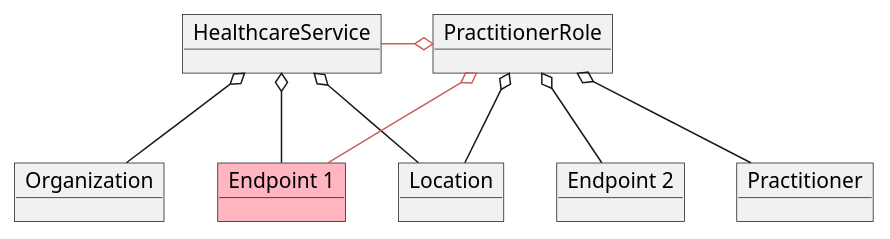
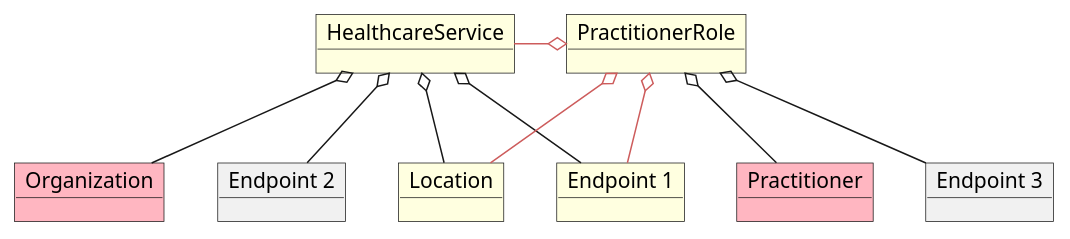
The diagram in src/plantuml/ObjectDiagram.Linked_HCS_and_PR.puml (ichderjens/api-vzd), drawn with PlantUML before and after one commit.

```diff
--- a/src/plantuml/ObjectDiagram.Linked_HCS_and_PR.puml
+++ b/src/plantuml/ObjectDiagram.Linked_HCS_and_PR.puml
@@ -1,21 +1,23 @@
 @startuml ObjectDiagram.Linked_HCS_and_PR
 'skinparam monochrome true
-object "HealthcareService" as hs1
-object "PractitionerRole" as pr1
-object "Organization" as o1
-object "Location" as l1
-object "Endpoint 1" as e1 #LightPink
-object "Practitioner" as p1
+object "HealthcareService" as hs1 #LightYellow
+object "PractitionerRole" as pr1 #LightYellow
+object "Organization" as o1 #LightPink
+object "Location" as l1 #LightYellow
+object "Endpoint 1" as e1 #LightYellow
+object "Practitioner" as p1 #LightPink
 object "Endpoint 2" as e2
+object "Endpoint 3" as e3
 
 hs1 o-- o1
 hs1 o-- l1
 hs1 o-- e1
+hs1 o-- e2
 
 pr1 o-- p1
-pr1 o-- l1
-pr1 o-- e2
+pr1 o-- l1 #IndianRed
+pr1 o-- e3
 pr1 o-- e1 #IndianRed
 pr1 o-l- hs1 #IndianRed
 
 @enduml
```
